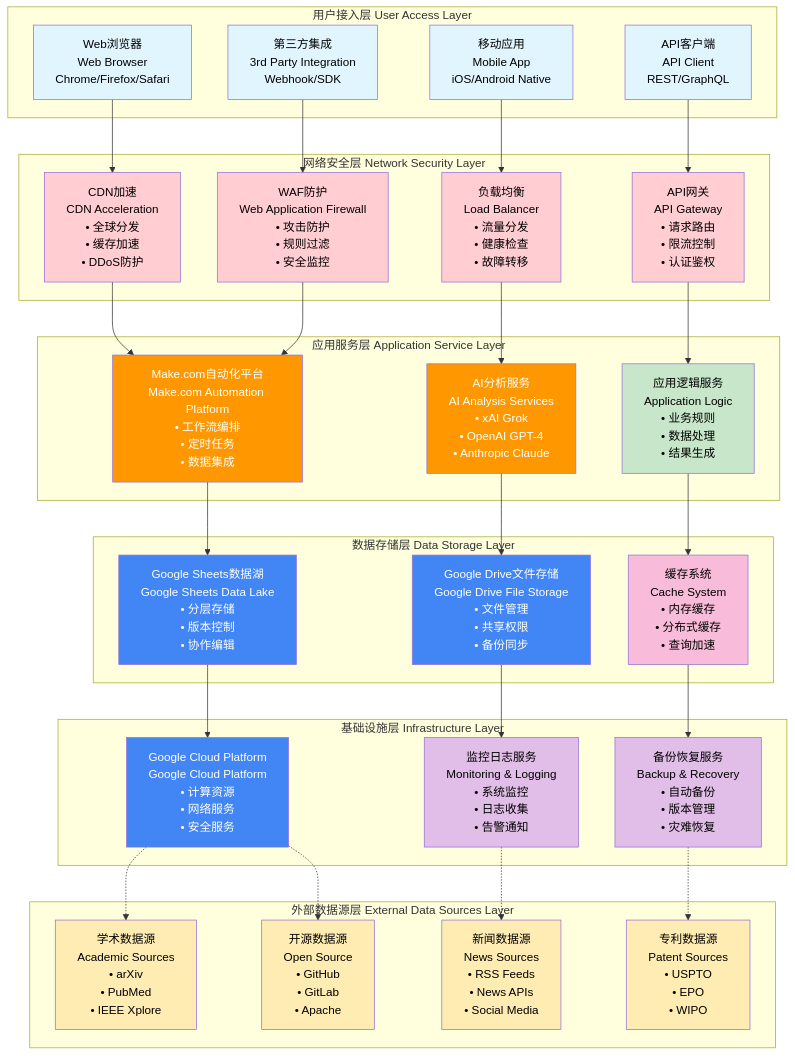
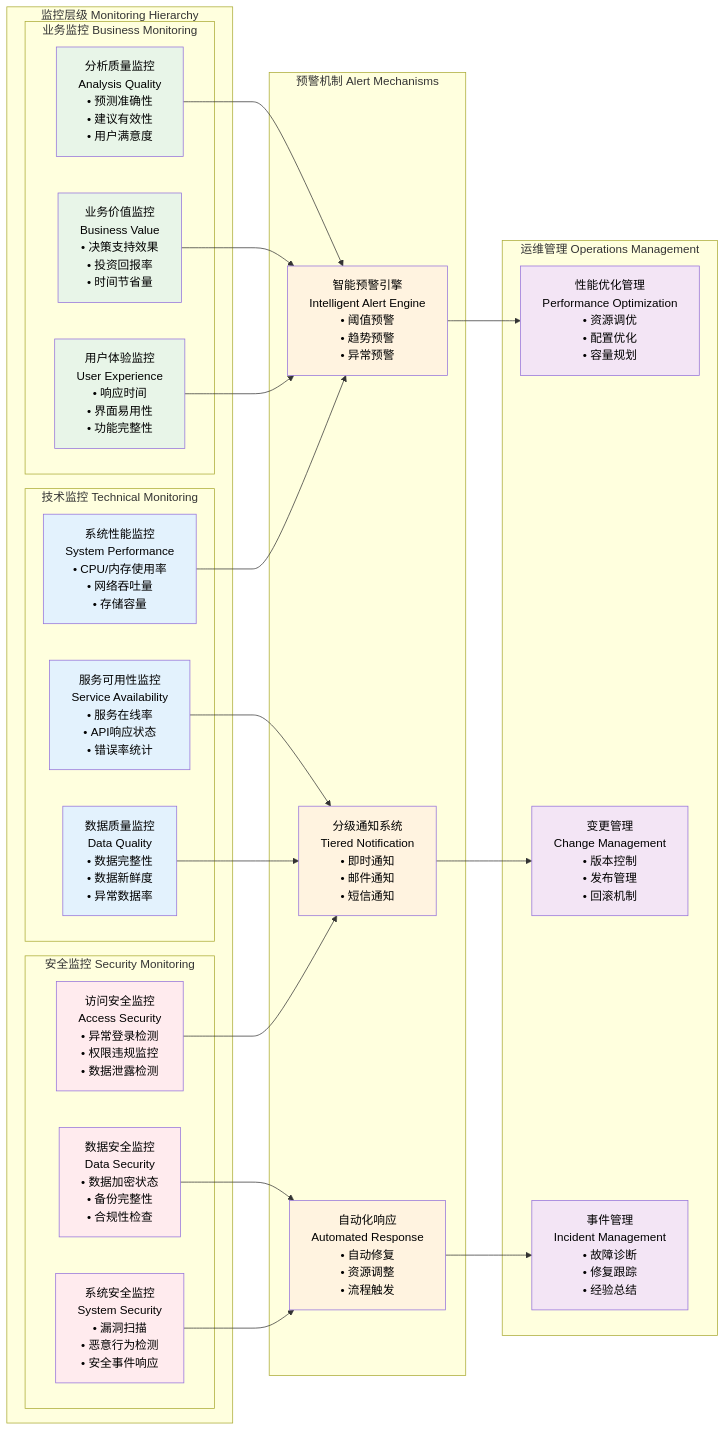
One commit to wisdom-future/ict-weekly-reports changed the eighth of 8 diagrams in doc/ict-insight.md. Above: the diagram before and after it, drawn with Mermaid. The commit also changed other lines of this file, not shown here.

````diff
--- a/doc/ict-insight.md
+++ b/doc/ict-insight.md
@@ -495,86 +807,64 @@
 ```mermaid
-graph TD
-    subgraph "用户接入层 User Access Layer"
-        ACCESS1[Web浏览器<br/>Web Browser<br/>Chrome/Firefox/Safari]
-        ACCESS2[移动应用<br/>Mobile App<br/>iOS/Android Native]
-        ACCESS3[API客户端<br/>API Client<br/>REST/GraphQL]
-        ACCESS4[第三方集成<br/>3rd Party Integration<br/>Webhook/SDK]
+graph LR
+    subgraph "监控层级 Monitoring Hierarchy"
+        subgraph "业务监控 Business Monitoring"
+            BM1[分析质量监控<br/>Analysis Quality<br/>• 预测准确性<br/>• 建议有效性<br/>• 用户满意度]
+            BM2[业务价值监控<br/>Business Value<br/>• 决策支持效果<br/>• 投资回报率<br/>• 时间节省量]
+            BM3[用户体验监控<br/>User Experience<br/>• 响应时间<br/>• 界面易用性<br/>• 功能完整性]
+        end
+        
+        subgraph "技术监控 Technical Monitoring"
+            TM1[系统性能监控<br/>System Performance<br/>• CPU/内存使用率<br/>• 网络吞吐量<br/>• 存储容量]
+            TM2[服务可用性监控<br/>Service Availability<br/>• 服务在线率<br/>• API响应状态<br/>• 错误率统计]
+            TM3[数据质量监控<br/>Data Quality<br/>• 数据完整性<br/>• 数据新鲜度<br/>• 异常数据率]
+        end
+        
+        subgraph "安全监控 Security Monitoring"
+            SM1[访问安全监控<br/>Access Security<br/>• 异常登录检测<br/>• 权限违规监控<br/>• 数据泄露检测]
+            SM2[数据安全监控<br/>Data Security<br/>• 数据加密状态<br/>• 备份完整性<br/>• 合规性检查]
+            SM3[系统安全监控<br/>System Security<br/>• 漏洞扫描<br/>• 恶意行为检测<br/>• 安全事件响应]
+        end
     end
     
-    subgraph "网络安全层 Network Security Layer"
-        SECURITY1[CDN加速<br/>CDN Acceleration<br/>• 全球分发<br/>• 缓存加速<br/>• DDoS防护]
-        SECURITY2[负载均衡<br/>Load Balancer<br/>• 流量分发<br/>• 健康检查<br/>• 故障转移]
-        SECURITY3[API网关<br/>API Gateway<br/>• 请求路由<br/>• 限流控制<br/>• 认证鉴权]
-        SECURITY4[WAF防护<br/>Web Application Firewall<br/>• 攻击防护<br/>• 规则过滤<br/>• 安全监控]
+    subgraph "预警机制 Alert Mechanisms"
+        ALERT1[智能预警引擎<br/>Intelligent Alert Engine<br/>• 阈值预警<br/>• 趋势预警<br/>• 异常预警]
+        ALERT2[分级通知系统<br/>Tiered Notification<br/>• 即时通知<br/>• 邮件通知<br/>• 短信通知]
+        ALERT3[自动化响应<br/>Automated Response<br/>• 自动修复<br/>• 资源调整<br/>• 流程触发]
     end
     
-    subgraph "应用服务层 Application Service Layer"
-        APP1[Make.com自动化平台<br/>Make.com Automation Platform<br/>• 工作流编排<br/>• 定时任务<br/>• 数据集成]
-        APP2[AI分析服务<br/>AI Analysis Services<br/>• xAI Grok<br/>• OpenAI GPT-4<br/>• Anthropic Claude]
-        APP3[应用逻辑服务<br/>Application Logic<br/>• 业务规则<br/>• 数据处理<br/>• 结果生成]
+    subgraph "运维管理 Operations Management"
+        OM1[性能优化管理<br/>Performance Optimization<br/>• 资源调优<br/>• 配置优化<br/>• 容量规划]
+        OM2[变更管理<br/>Change Management<br/>• 版本控制<br/>• 发布管理<br/>• 回滚机制]
+        OM3[事件管理<br/>Incident Management<br/>• 故障诊断<br/>• 修复跟踪<br/>• 经验总结]
     end
     
-    subgraph "数据存储层 Data Storage Layer"
-        STORAGE1[Google Sheets数据湖<br/>Google Sheets Data Lake<br/>• 分层存储<br/>• 版本控制<br/>• 协作编辑]
-        STORAGE2[Google Drive文件存储<br/>Google Drive File Storage<br/>• 文件管理<br/>• 共享权限<br/>• 备份同步]
-        STORAGE3[缓存系统<br/>Cache System<br/>• 内存缓存<br/>• 分布式缓存<br/>• 查询加速]
-    end
+    BM1 --> ALERT1
+    BM2 --> ALERT1
+    BM3 --> ALERT1
+    TM1 --> ALERT1
+    TM2 --> ALERT2
+    TM3 --> ALERT2
+    SM1 --> ALERT2
+    SM2 --> ALERT3
+    SM3 --> ALERT3
     
-    subgraph "基础设施层 Infrastructure Layer"
-        INFRA1[Google Cloud Platform<br/>Google Cloud Platform<br/>• 计算资源<br/>• 网络服务<br/>• 安全服务]
-        INFRA2[监控日志服务<br/>Monitoring & Logging<br/>• 系统监控<br/>• 日志收集<br/>• 告警通知]
-        INFRA3[备份恢复服务<br/>Backup & Recovery<br/>• 自动备份<br/>• 版本管理<br/>• 灾难恢复]
-    end
+    ALERT1 --> OM1
+    ALERT2 --> OM2
+    ALERT3 --> OM3
     
-    subgraph "外部数据源层 External Data Sources Layer"
-        EXTERNAL1[学术数据源<br/>Academic Sources<br/>• arXiv<br/>• PubMed<br/>• IEEE Xplore]
-        EXTERNAL2[开源数据源<br/>Open Source<br/>• GitHub<br/>• GitLab<br/>• Apache]
-        EXTERNAL3[新闻数据源<br/>News Sources<br/>• RSS Feeds<br/>• News APIs<br/>• Social Media]
-        EXTERNAL4[专利数据源<br/>Patent Sources<br/>• USPTO<br/>• EPO<br/>• WIPO]
-    end
-    
-    ACCESS1 --> SECURITY1
-    ACCESS2 --> SECURITY2
-    ACCESS3 --> SECURITY3
-    ACCESS4 --> SECURITY4
-    
-    SECURITY1 --> APP1
-    SECURITY2 --> APP2
-    SECURITY3 --> APP3
-    SECURITY4 --> APP1
-    
-    APP1 --> STORAGE1
-    APP2 --> STORAGE2
-    APP3 --> STORAGE3
-    
-    STORAGE1 --> INFRA1
-    STORAGE2 --> INFRA2
-    STORAGE3 --> INFRA3
-    
-    INFRA1 -.-> EXTERNAL1
-    INFRA1 -.-> EXTERNAL2
-    INFRA2 -.-> EXTERNAL3
-    INFRA3 -.-> EXTERNAL4
-    
-    style ACCESS1 fill:#e1f5fe,color:#000
-    style ACCESS2 fill:#e1f5fe,color:#000
-    style ACCESS3 fill:#e1f5fe,color:#000
-    style ACCESS4 fill:#e1f5fe,color:#000
-    style SECURITY1 fill:#ffcdd2,color:#000
-    style SECURITY2 fill:#ffcdd2,color:#000
-    style SECURITY3 fill:#ffcdd2,color:#000
-    style SECURITY4 fill:#ffcdd2,color:#000
-    style APP1 fill:#ff9800,color:#fff
-    style APP2 fill:#ff9800,color:#fff
-    style APP3 fill:#c8e6c9,color:#000
-    style STORAGE1 fill:#4285f4,color:#fff
-    style STORAGE2 fill:#4285f4,color:#fff
-    style STORAGE3 fill:#f8bbd9,color:#000
-    style INFRA1 fill:#4285f4,color:#fff
-    style INFRA2 fill:#e1bee7,color:#000
-    style INFRA3 fill:#e1bee7,color:#000
-    style EXTERNAL1 fill:#ffecb3,color:#000
-    style EXTERNAL2 fill:#ffecb3,color:#000
-    style EXTERNAL3 fill:#ffecb3,color:#000
-    style EXTERNAL4 fill:#ffecb3,color:#000
+    style BM1 fill:#e8f5e8,color:#000
+    style BM2 fill:#e8f5e8,color:#000
+    style BM3 fill:#e8f5e8,color:#000
+    style TM1 fill:#e3f2fd,color:#000
+    style TM2 fill:#e3f2fd,color:#000
+    style TM3 fill:#e3f2fd,color:#000
+    style SM1 fill:#ffebee,color:#000
+    style SM2 fill:#ffebee,color:#000
+    style SM3 fill:#ffebee,color:#000
+    style ALERT1 fill:#fff3e0,color:#000
+    style ALERT2 fill:#fff3e0,color:#000
+    style ALERT3 fill:#fff3e0,color:#000
+    style OM1 fill:#f3e5f5,color:#000
+    style OM2 fill:#f3e5f5,color:#000
+    style OM3 fill:#f3e5f5,color:#000
 ```
````
